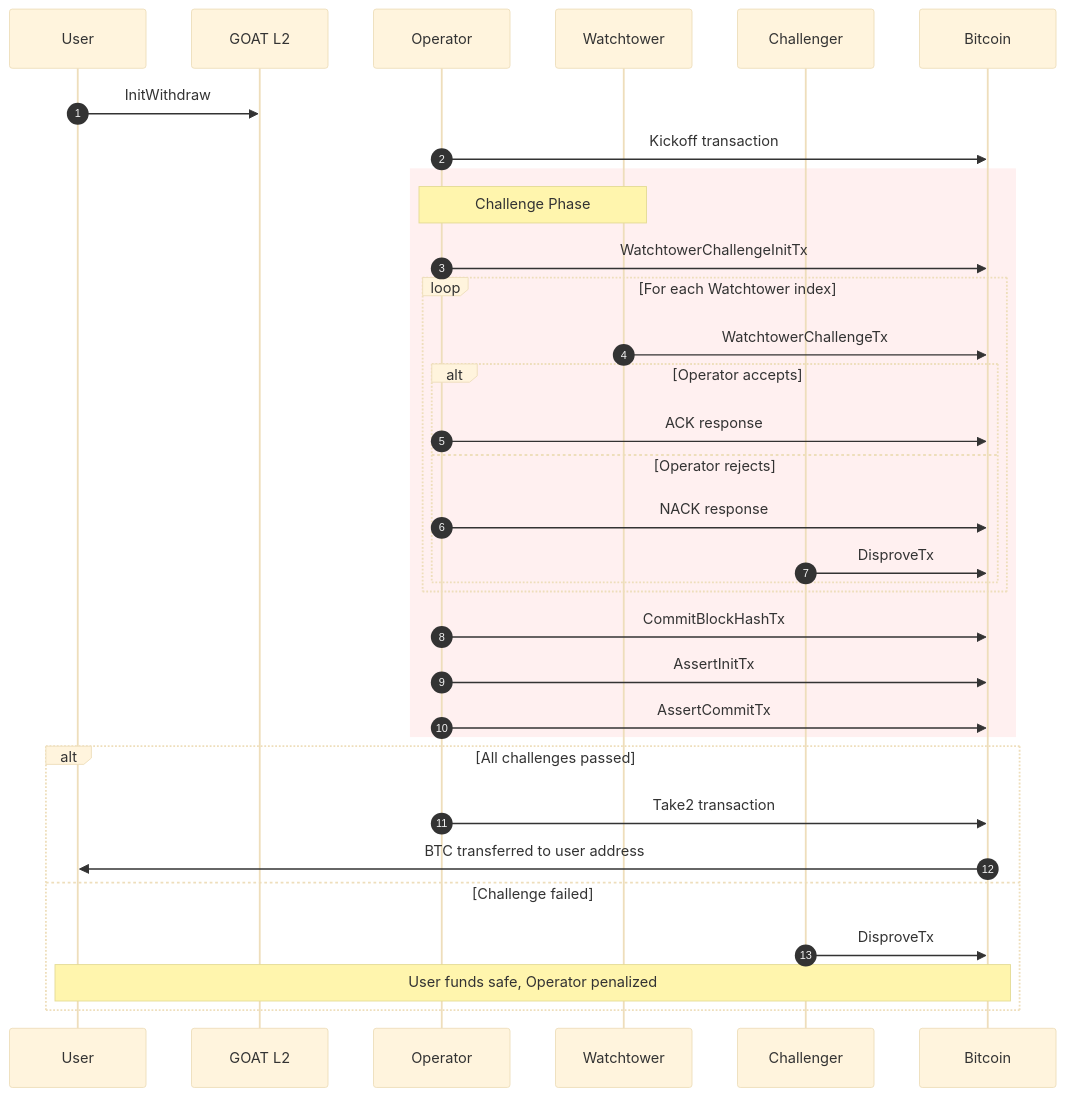
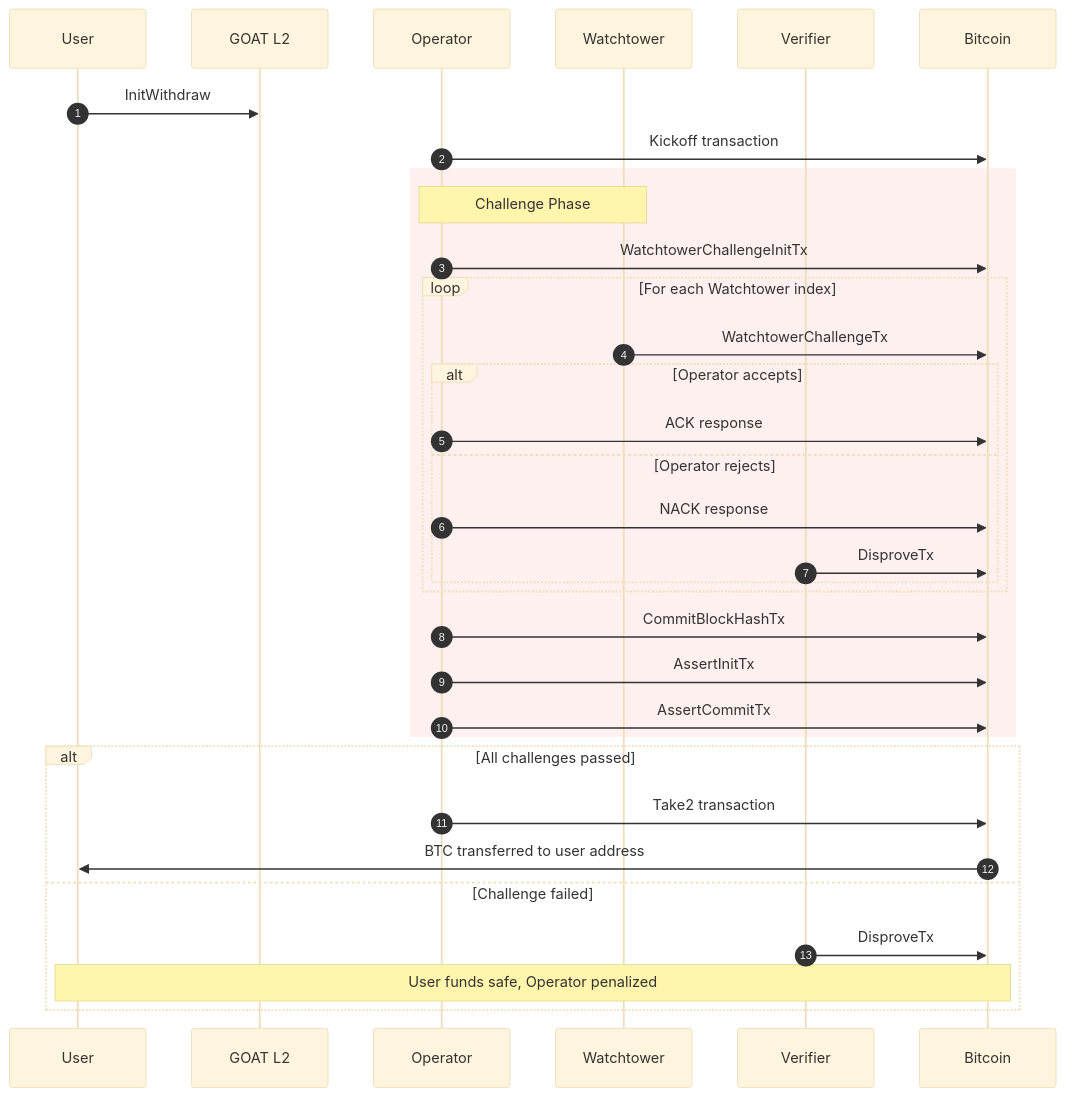
Before and after one commit to KSlashh/bitvm2-node: the seventh of 13 diagrams in node/README.md, drawn with Mermaid (base theme). The commit also changed other lines of this file and 271 other files, not shown here.

````diff
--- a/node/README.md
+++ b/node/README.md
@@ -307,40 +307,40 @@
 ```mermaid
 sequenceDiagram
     autonumber
     participant User
     participant GOAT as GOAT L2
     participant Operator
     participant Watchtower
-    participant Challenger
+    participant Verifier
     participant BTC as Bitcoin
 
     User->>GOAT: InitWithdraw
     Operator->>BTC: Kickoff transaction
 
     rect rgb(255, 240, 240)
         Note over Operator,Watchtower: Challenge Phase
         Operator->>BTC: WatchtowerChallengeInitTx
 
         loop For each Watchtower index
             Watchtower->>BTC: WatchtowerChallengeTx
             alt Operator accepts
                 Operator->>BTC: ACK response
             else Operator rejects
                 Operator->>BTC: NACK response
-                Challenger->>BTC: DisproveTx
+                Verifier->>BTC: DisproveTx
             end
         end
 
         Operator->>BTC: CommitBlockHashTx
         Operator->>BTC: AssertInitTx
         Operator->>BTC: AssertCommitTx
     end
 
     alt All challenges passed
         Operator->>BTC: Take2 transaction
         BTC->>User: BTC transferred to user address
     else Challenge failed
-        Challenger->>BTC: DisproveTx
+        Verifier->>BTC: DisproveTx
         Note over User,BTC: User funds safe, Operator penalized
     end
 ```
````
